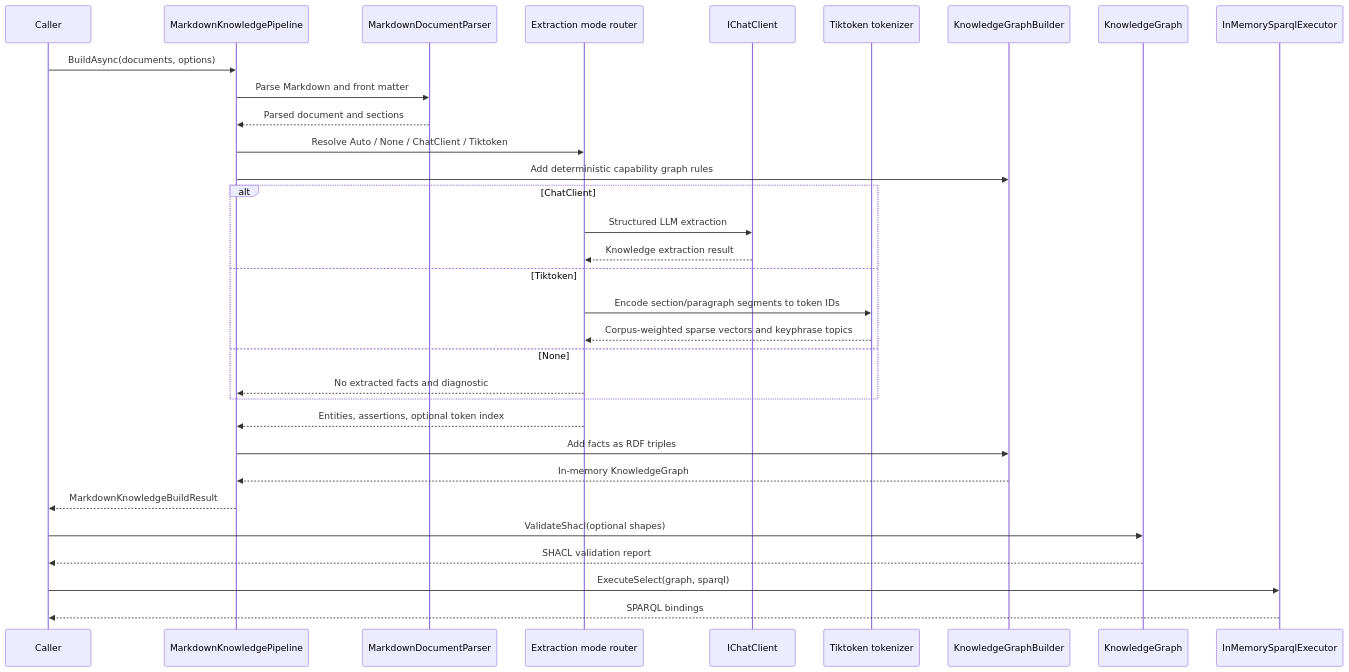
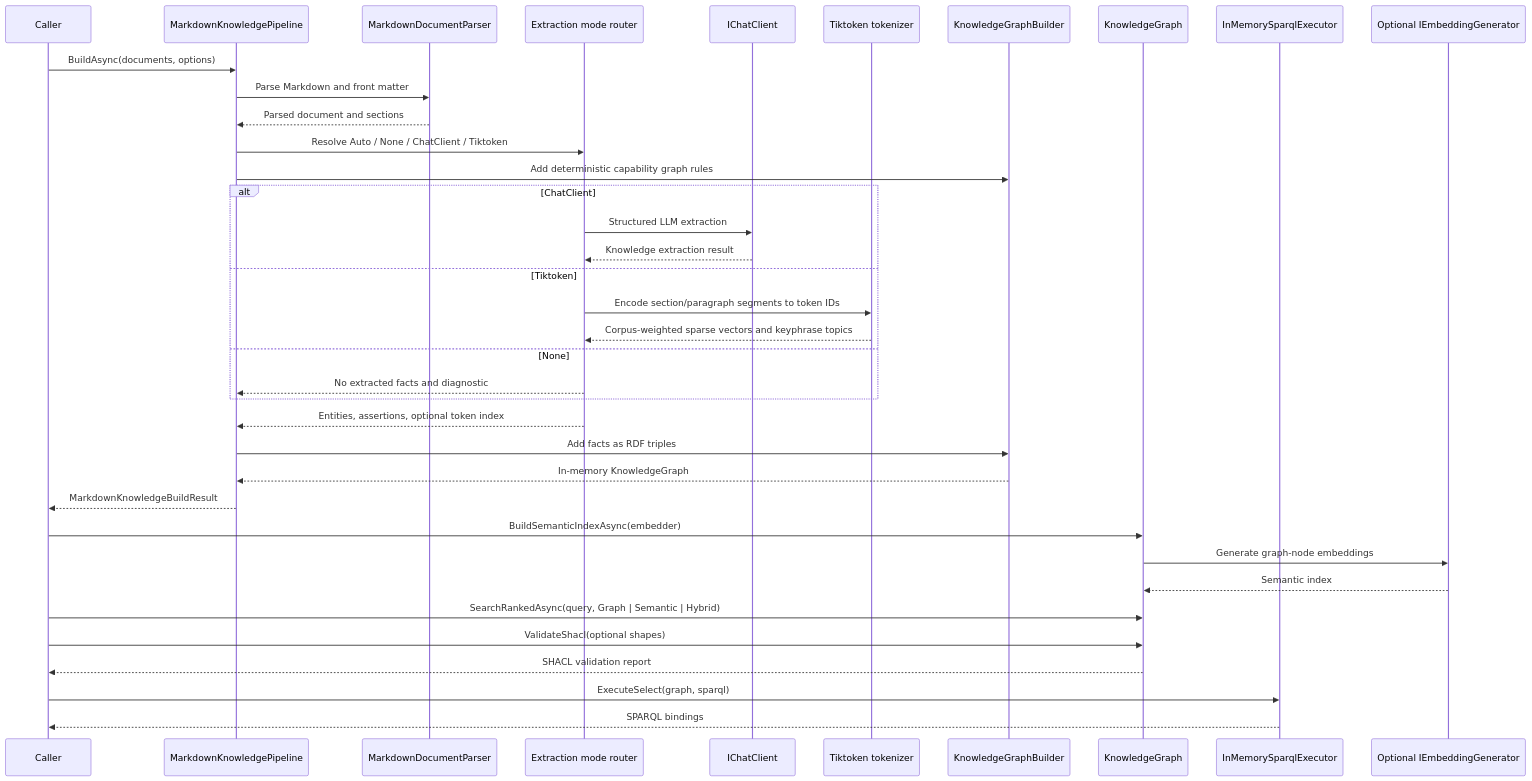
One commit to managedcode/markdown-ld-kb changed the second of 4 diagrams in docs/Architecture.md. Above: the diagram before and after it, drawn with Mermaid. The commit also changed other lines of this file and 12 other files, not shown here.

````diff
--- a/docs/Architecture.md
+++ b/docs/Architecture.md
@@ -45,35 +47,40 @@
 ```mermaid
 sequenceDiagram
     participant Caller
     participant Pipeline as MarkdownKnowledgePipeline
     participant Parser as MarkdownDocumentParser
     participant Router as Extraction mode router
     participant Chat as IChatClient
     participant Tokenizer as Tiktoken tokenizer
     participant Graph as KnowledgeGraphBuilder
     participant BuiltGraph as KnowledgeGraph
     participant Query as InMemorySparqlExecutor
+    participant Embedder as Optional IEmbeddingGenerator
 
     Caller->>Pipeline: BuildAsync(documents, options)
     Pipeline->>Parser: Parse Markdown and front matter
     Parser-->>Pipeline: Parsed document and sections
     Pipeline->>Router: Resolve Auto / None / ChatClient / Tiktoken
     Pipeline->>Graph: Add deterministic capability graph rules
     alt ChatClient
         Router->>Chat: Structured LLM extraction
         Chat-->>Router: Knowledge extraction result
     else Tiktoken
         Router->>Tokenizer: Encode section/paragraph segments to token IDs
         Tokenizer-->>Router: Corpus-weighted sparse vectors and keyphrase topics
     else None
         Router-->>Pipeline: No extracted facts and diagnostic
     end
     Router-->>Pipeline: Entities, assertions, optional token index
     Pipeline->>Graph: Add facts as RDF triples
     Graph-->>Pipeline: In-memory KnowledgeGraph
     Pipeline-->>Caller: MarkdownKnowledgeBuildResult
+    Caller->>BuiltGraph: BuildSemanticIndexAsync(embedder)
+    BuiltGraph->>Embedder: Generate graph-node embeddings
+    Embedder-->>BuiltGraph: Semantic index
+    Caller->>BuiltGraph: SearchRankedAsync(query, Graph | Semantic | Hybrid)
     Caller->>BuiltGraph: ValidateShacl(optional shapes)
     BuiltGraph-->>Caller: SHACL validation report
     Caller->>Query: ExecuteSelect(graph, sparql)
     Query-->>Caller: SPARQL bindings
 ```
````
